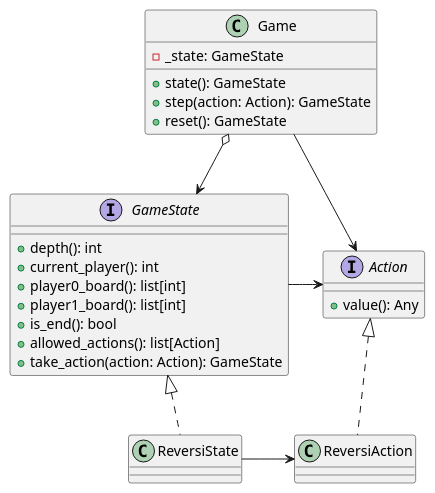
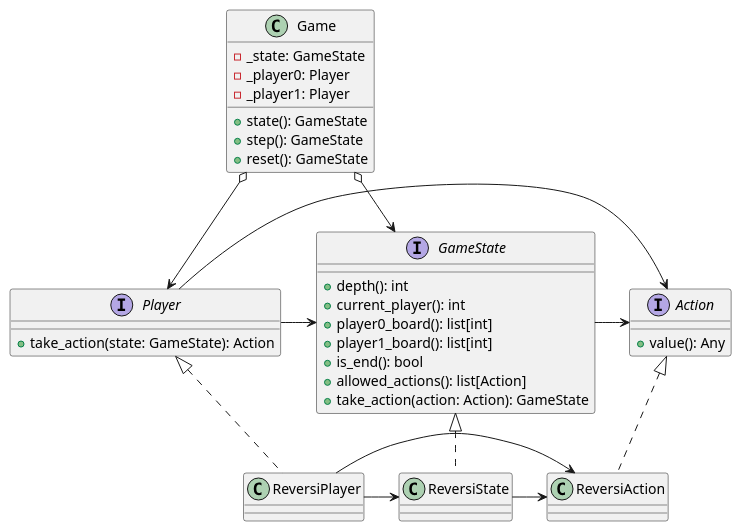
One commit to tsukushibito/python_alpha_zero changed the diagram in alpha_zero/uml.pu. Above: the diagram before and after it, drawn with PlantUML. The commit also changed 19 other files, not shown here.

```diff
--- a/alpha_zero/uml.pu
+++ b/alpha_zero/uml.pu
@@ -1,32 +1,43 @@
 @startuml alpha_zero
 
 interface Action {
     + value(): Any
 }
 
 interface GameState {
     + depth(): int
     + current_player(): int
     + player0_board(): list[int]
     + player1_board(): list[int]
     + is_end(): bool
     + allowed_actions(): list[Action]
     + take_action(action: Action): GameState
 }
 
+interface Player {
+    + take_action(state: GameState): Action
+}
+
 class Game {
     - _state: GameState
+    - _player0: Player
+    - _player1: Player
     + state(): GameState
-    + step(action: Action): GameState
+    + step(): GameState
     + reset(): GameState
 }
 
 Game o--> GameState
-Game -> Action
+Game o--> Player
 GameState -> Action
+Player -> GameState
+Player -> Action
 
 GameState <|.. ReversiState
 Action <|.. ReversiAction
+Player <|.. ReversiPlayer
 ReversiState -> ReversiAction
+ReversiPlayer -> ReversiAction
+ReversiPlayer -> ReversiState
 
 @enduml
```
